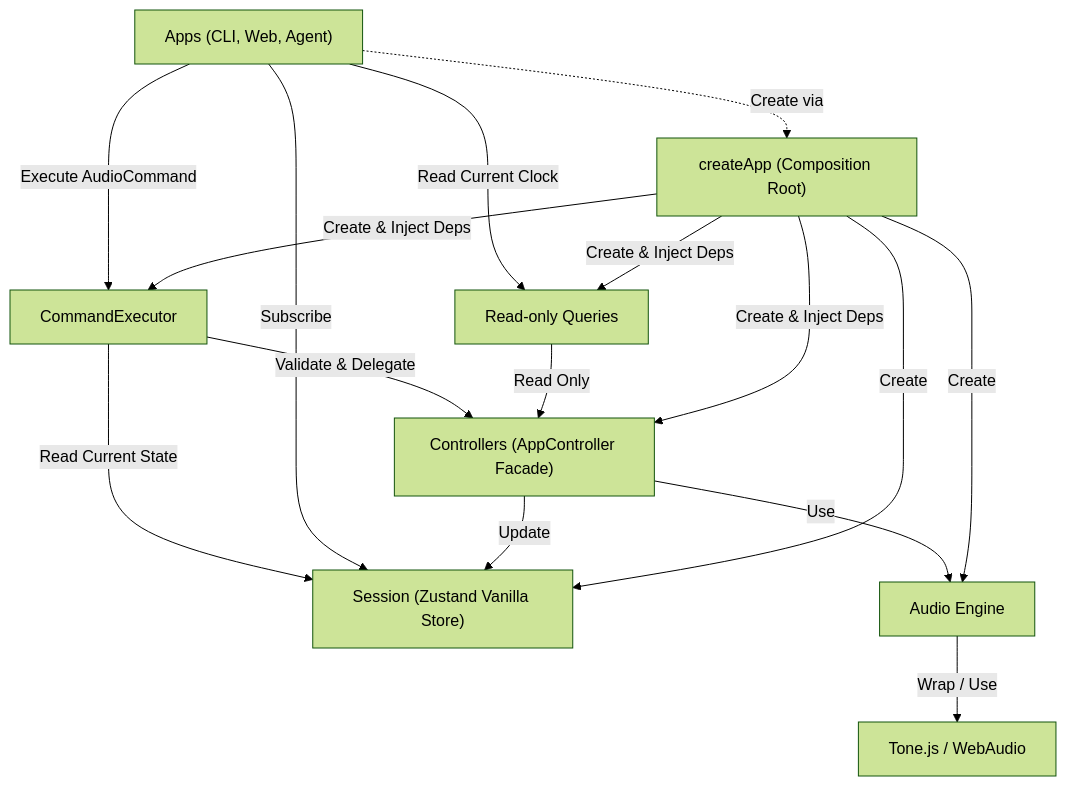
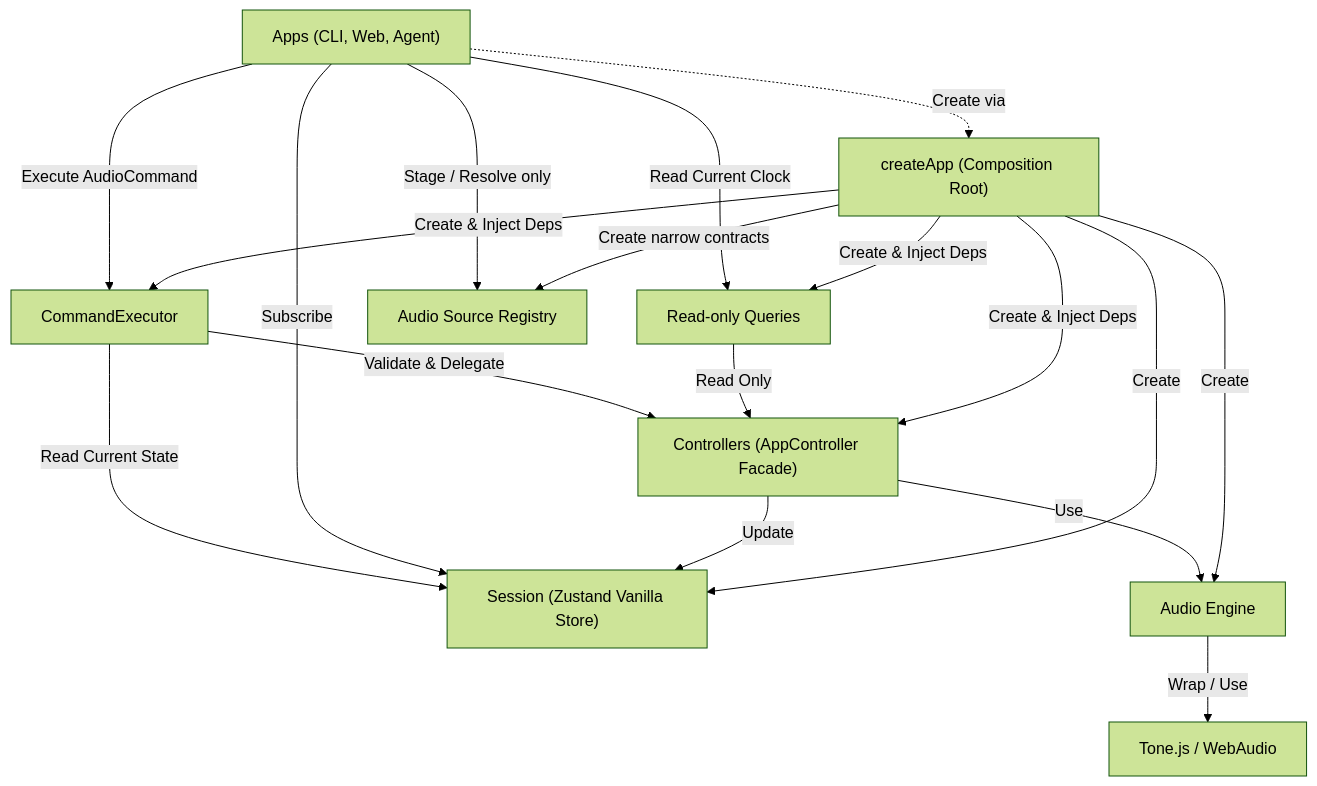
One commit to whizzkid1452/drop-ai changed the diagram in src/layers/architecture.md. Above: the diagram before and after it, drawn with Mermaid (forest theme). The commit also changed other lines of this file and 4 other files, not shown here.

Commit message:
feat(source): Source Registry 조립 경로 추가

````diff
--- a/src/layers/architecture.md
+++ b/src/layers/architecture.md
@@ -86,30 +88,33 @@
 ```mermaid
 graph TD
     Apps["Apps (CLI, Web, Agent)"]
     Commands["CommandExecutor"]
     Queries["Read-only Queries"]
     Controllers["Controllers (AppController Facade)"]
     Session["Session (Zustand Vanilla Store)"]
     AudioEngine["Audio Engine"]
+    AudioSourceRegistry["Audio Source Registry"]
     ToneJS["Tone.js / WebAudio"]
     CreateApp["createApp (Composition Root)"]
 
     Apps -->|Execute AudioCommand| Commands
     Apps -->|Read Current Clock| Queries
     Commands -->|Validate & Delegate| Controllers
     Commands -->|Read Current State| Session
     Apps -->|Subscribe| Session
     Apps -.->|Create via| CreateApp
+    Apps -->|Stage / Resolve only| AudioSourceRegistry
 
     Controllers -->|Use| AudioEngine
     Controllers -->|Update| Session
     Queries -->|Read Only| Controllers
 
     AudioEngine -->|Wrap / Use| ToneJS
 
     CreateApp -->|Create| AudioEngine
+    CreateApp -->|Create narrow contracts| AudioSourceRegistry
     CreateApp -->|Create| Session
     CreateApp -->|Create & Inject Deps| Controllers
     CreateApp -->|Create & Inject Deps| Commands
     CreateApp -->|Create & Inject Deps| Queries
 ```
````
